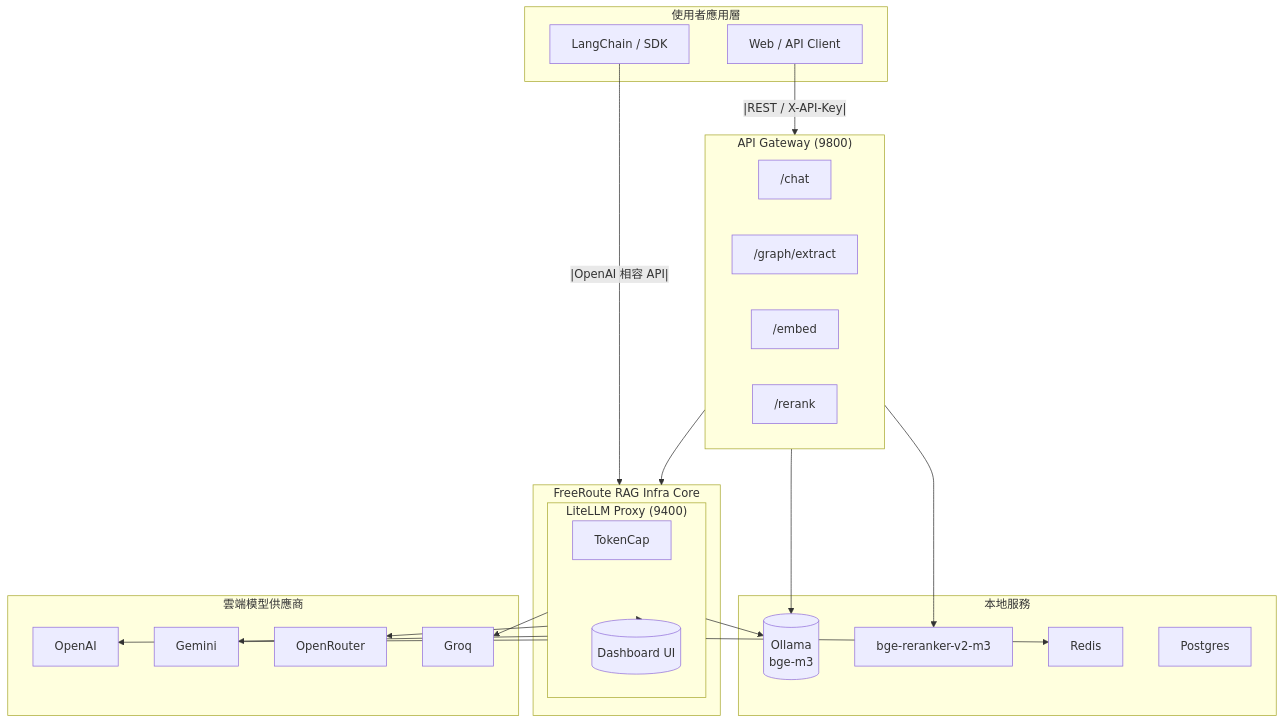
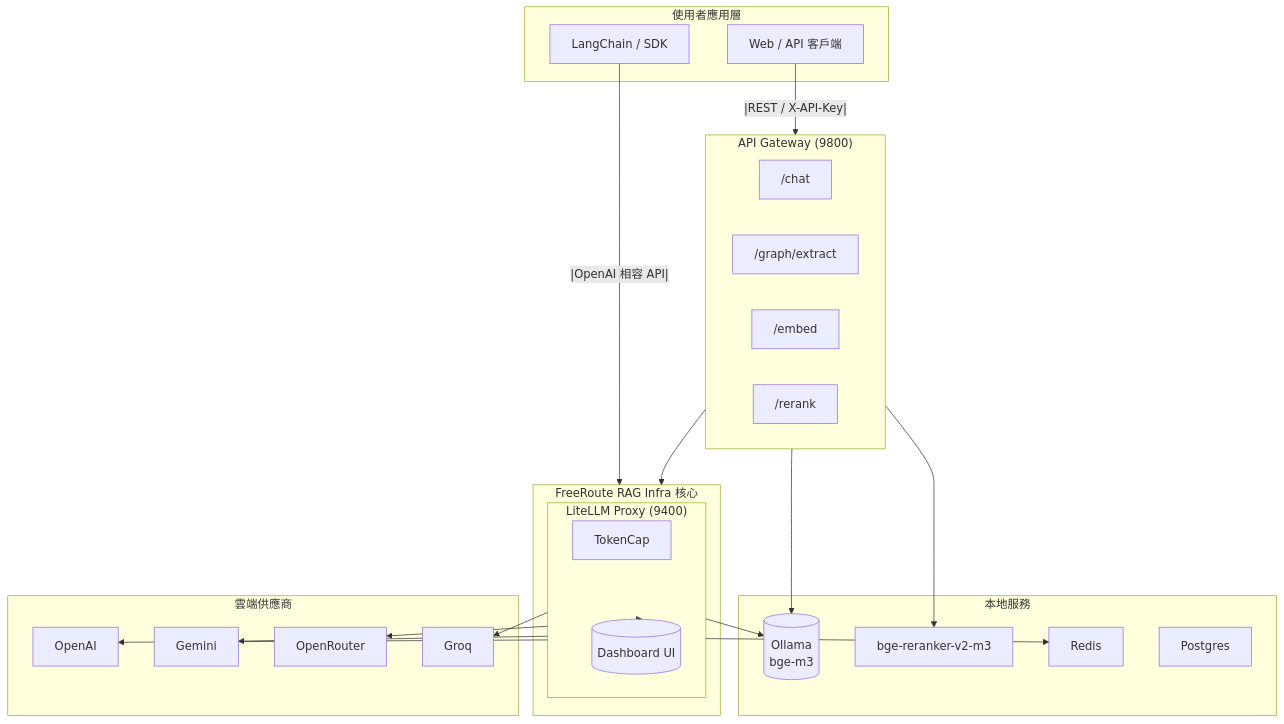
One commit to tc3oliver/FreeRoute-RAG-Infra changed the diagram in README.zh-TW.md. Above: the diagram before and after it, drawn with Mermaid. The commit also changed other lines of this file and 10 other files, not shown here.

Commit message:
feat: Add Ingestor service and integrate Qdrant and Neo4j for vector indexing and graph extraction

````diff
--- a/README.zh-TW.md
+++ b/README.zh-TW.md
@@ -95,51 +81,51 @@
 ```mermaid
 flowchart TB
   subgraph CLIENT["使用者應用層"]
     LC["LangChain / SDK"]
-    FE["Web / API Client"]
+    FE["Web / API 客戶端"]
   end
 
   subgraph GATEWAY["API Gateway (9800)"]
     G1["/chat"]
     G2["/graph/extract"]
     G3["/embed"]
     G4["/rerank"]
   end
 
-  subgraph CORE["FreeRoute RAG Infra Core"]
+  subgraph CORE["FreeRoute RAG Infra 核心"]
   subgraph LITELLM["LiteLLM Proxy (9400)"]
       TOK["TokenCap"]
       LDB[("Dashboard UI")]
     end
   end
 
   subgraph LOCAL["本地服務"]
     OLLAMA[("Ollama<br/>bge-m3")]
     RERANK["bge-reranker-v2-m3"]
     REDIS["Redis"]
     PG["Postgres"]
   end
 
-  subgraph PROVIDERS["雲端模型供應商"]
+  subgraph PROVIDERS["雲端供應商"]
     OAI["OpenAI"]
     GGM["Gemini"]
     OPR["OpenRouter"]
     GRQ["Groq"]
   end
 
   LC --|OpenAI 相容 API|--> LITELLM
   FE --|REST / X-API-Key|--> GATEWAY
 
   GATEWAY --> LITELLM
   LITELLM --> OLLAMA
   GATEWAY --> OLLAMA
   GATEWAY --> RERANK
 
   LITELLM --> REDIS
   LITELLM --> LDB
 
   LITELLM --> OAI
   LITELLM --> GGM
   LITELLM --> OPR
   LITELLM --> GRQ
 ```
````
